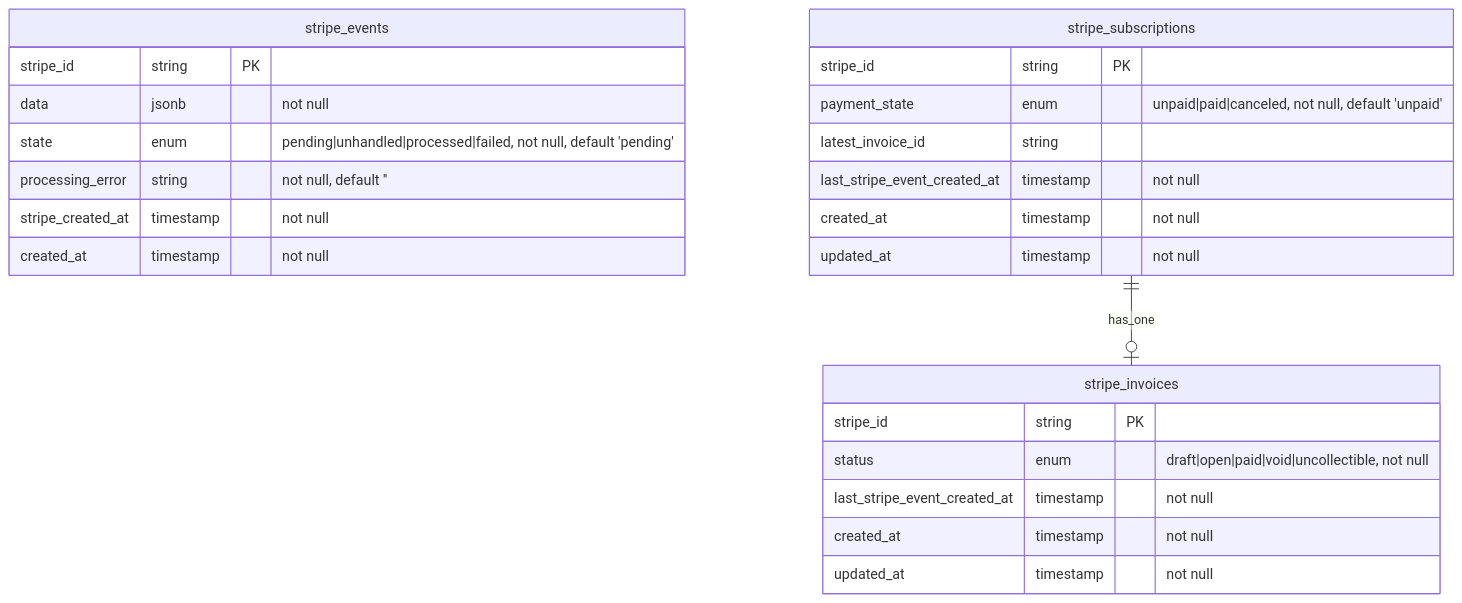
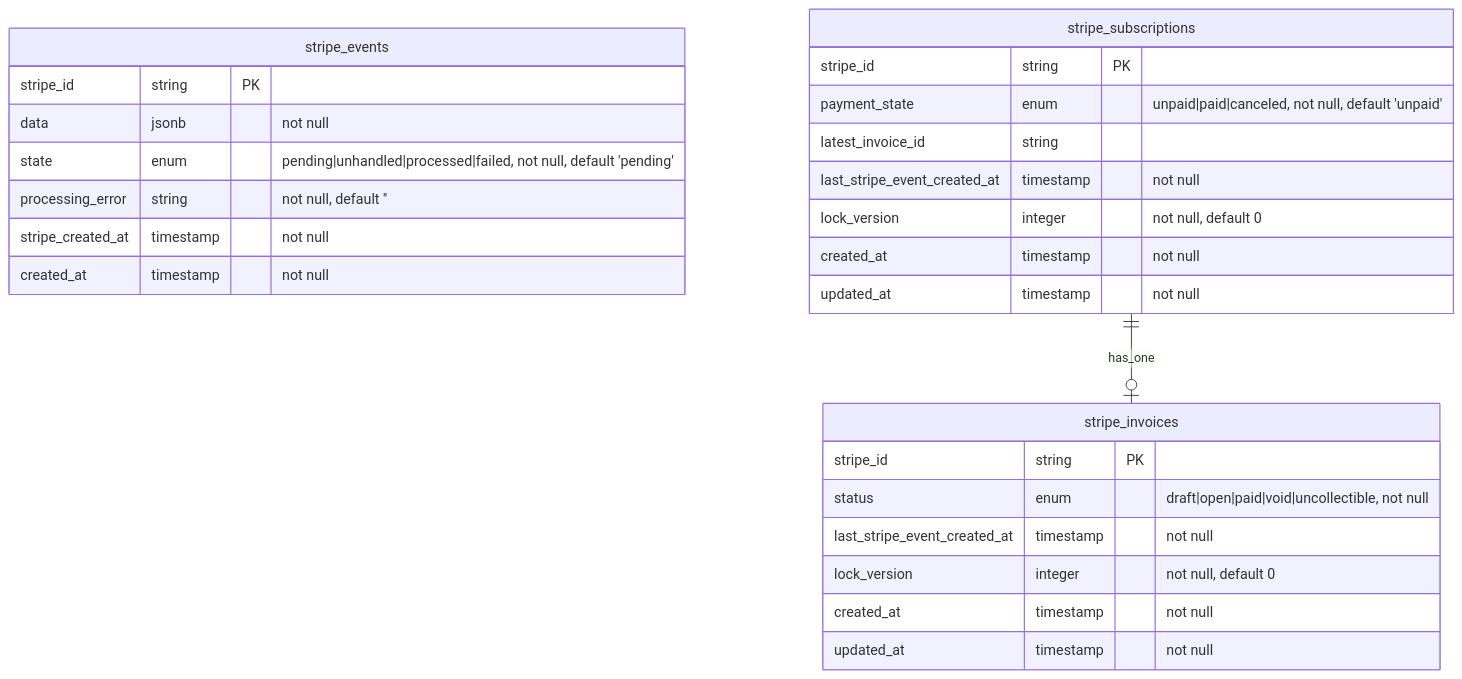
Before and after one commit to arkirchner/StripeSubHub: the diagram in README.md, drawn with Mermaid. The commit also changed 7 other files, not shown here.

````diff
--- a/README.md
+++ b/README.md
@@ -19,30 +19,32 @@
 ```mermaid
 erDiagram
     stripe_events {
         stripe_id string PK
         data jsonb "not null"
         state enum "pending|unhandled|processed|failed, not null, default 'pending'"
         processing_error string "not null, default ''"
         stripe_created_at timestamp "not null"
         created_at timestamp "not null"
     }
 
     stripe_subscriptions {
         stripe_id string PK
         payment_state enum "unpaid|paid|canceled, not null, default 'unpaid'"
         latest_invoice_id string
         last_stripe_event_created_at timestamp "not null"
+        lock_version integer "not null, default 0"
         created_at timestamp "not null"
         updated_at timestamp "not null"
     }
 
     stripe_invoices {
         stripe_id string PK
         status enum "draft|open|paid|void|uncollectible, not null"
         last_stripe_event_created_at timestamp "not null"
+        lock_version integer "not null, default 0"
         created_at timestamp "not null"
         updated_at timestamp "not null"
     }
 
     stripe_subscriptions ||--o| stripe_invoices : has_one
 ```
````
